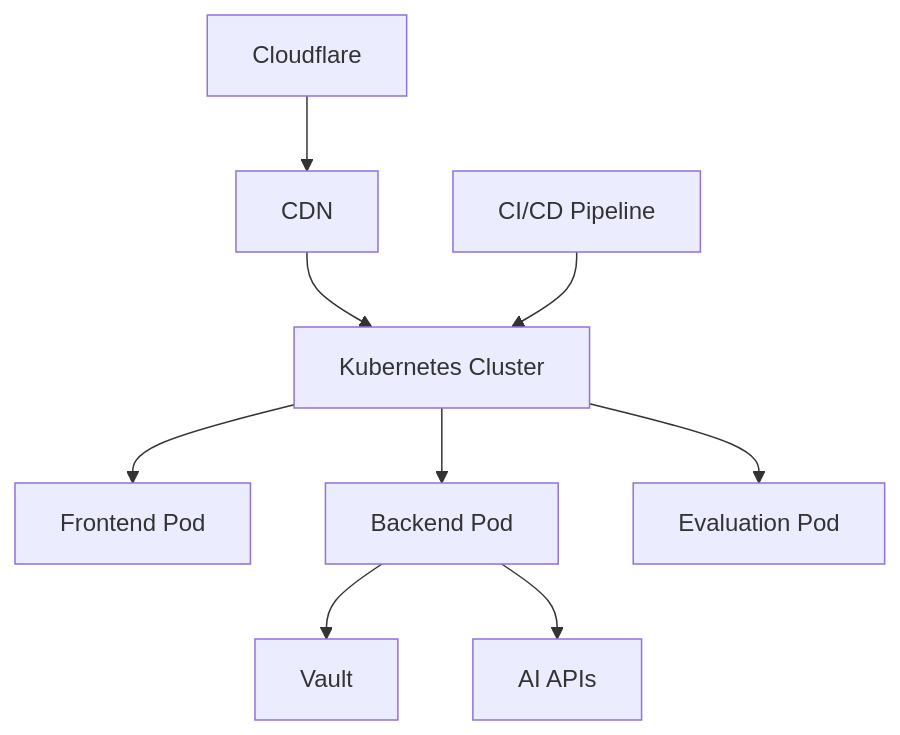
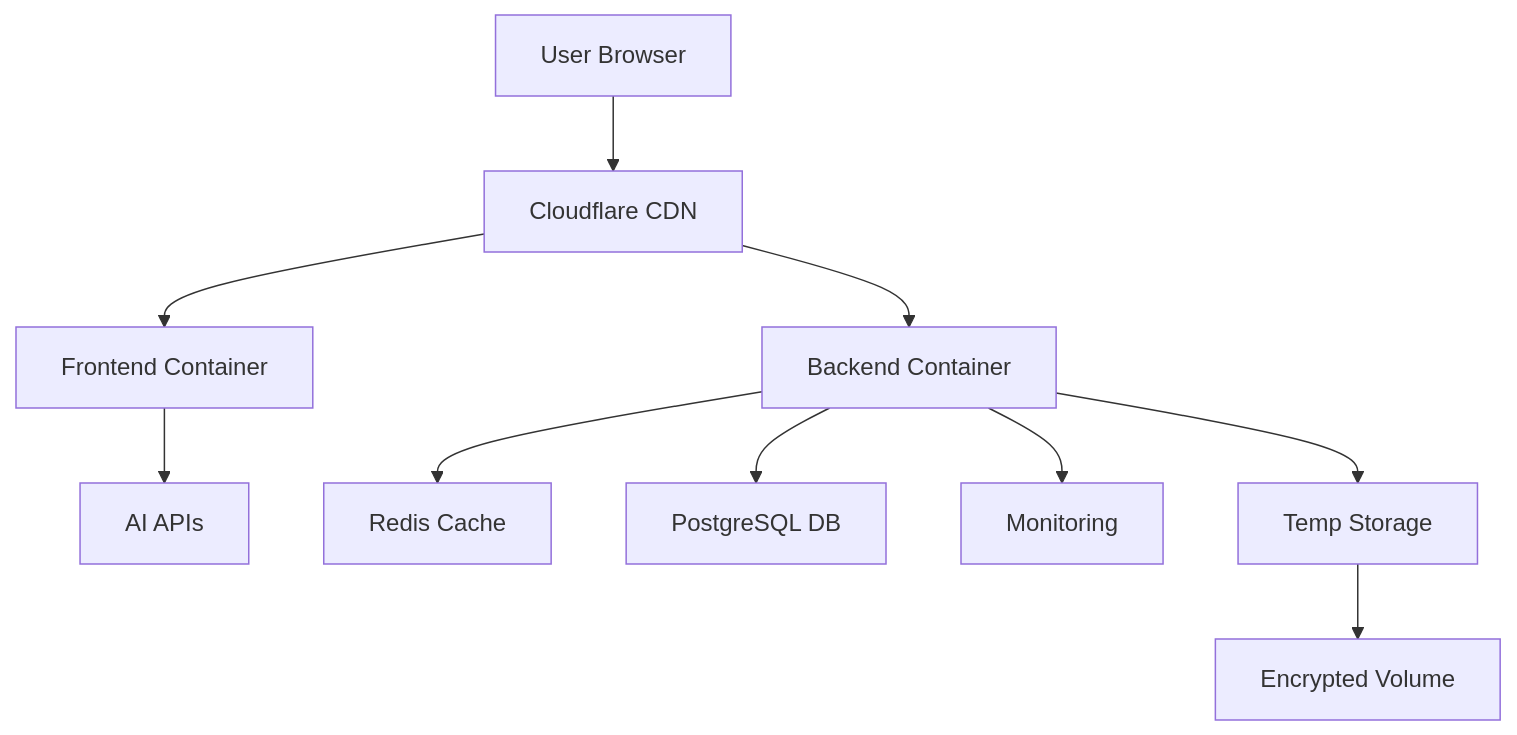
One commit to xvnpw/ai-security-analyzer changed the third of 3 diagrams in examples/dir-sec-design-screenshot-to-code-deepseekdeepseek-r1.md. Above: the diagram before and after it, drawn with Mermaid. The commit also changed other lines of this file and 218 other files, not shown here.

````diff
--- a/examples/dir-sec-design-screenshot-to-code-deepseekdeepseek-r1.md
+++ b/examples/dir-sec-design-screenshot-to-code-deepseekdeepseek-r1.md
@@ -101,11 +106,12 @@
 ```mermaid
 graph TD
-    A[Cloudflare] --> B[CDN]
-    B --> C[Kubernetes Cluster]
-    C --> D[Frontend Pod]
-    C --> E[Backend Pod]
-    E --> F[Vault]
-    E --> G[AI APIs]
-    H[CI/CD Pipeline] --> C
-    C --> I[Evaluation Pod]
+    A[User Browser] --> B[Cloudflare CDN]
+    B --> C[Frontend Container]
+    B --> D[Backend Container]
+    D --> E[Redis Cache]
+    D --> F[PostgreSQL DB]
+    C --> G[AI APIs]
+    D --> H[Monitoring]
+    D --> I[Temp Storage]
+    I --> J[Encrypted Volume]
 ```
````
